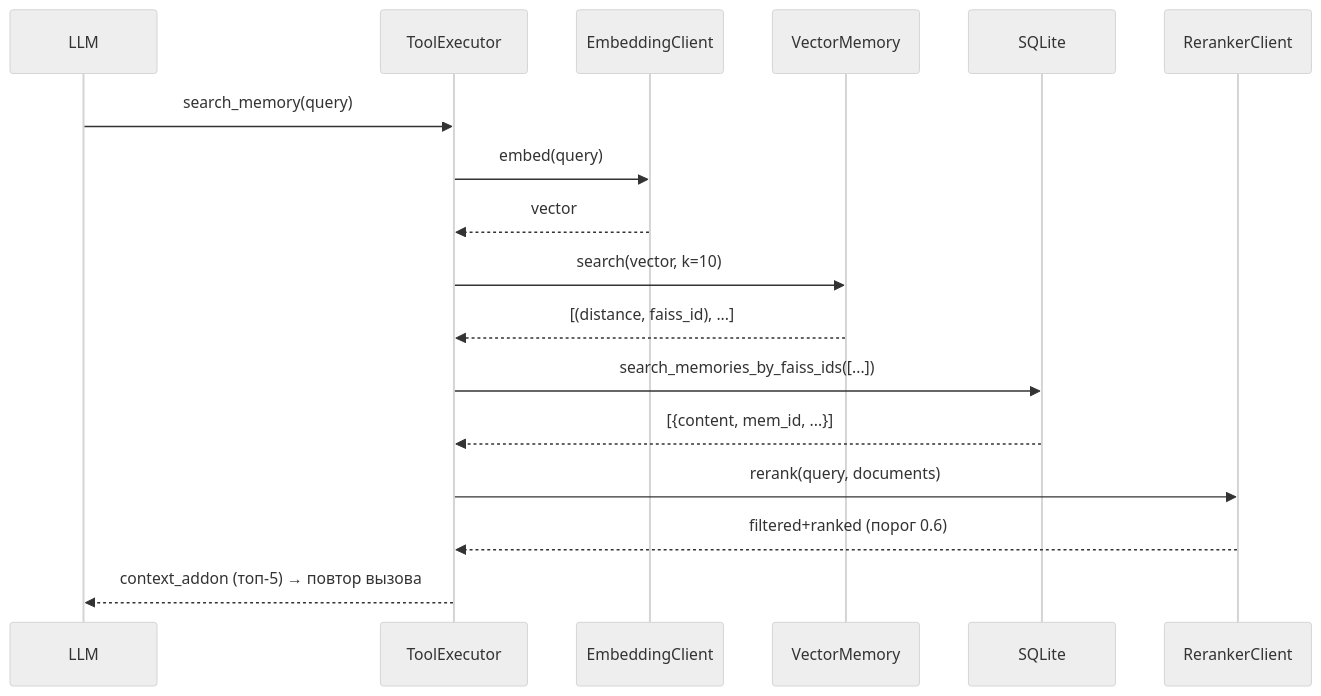
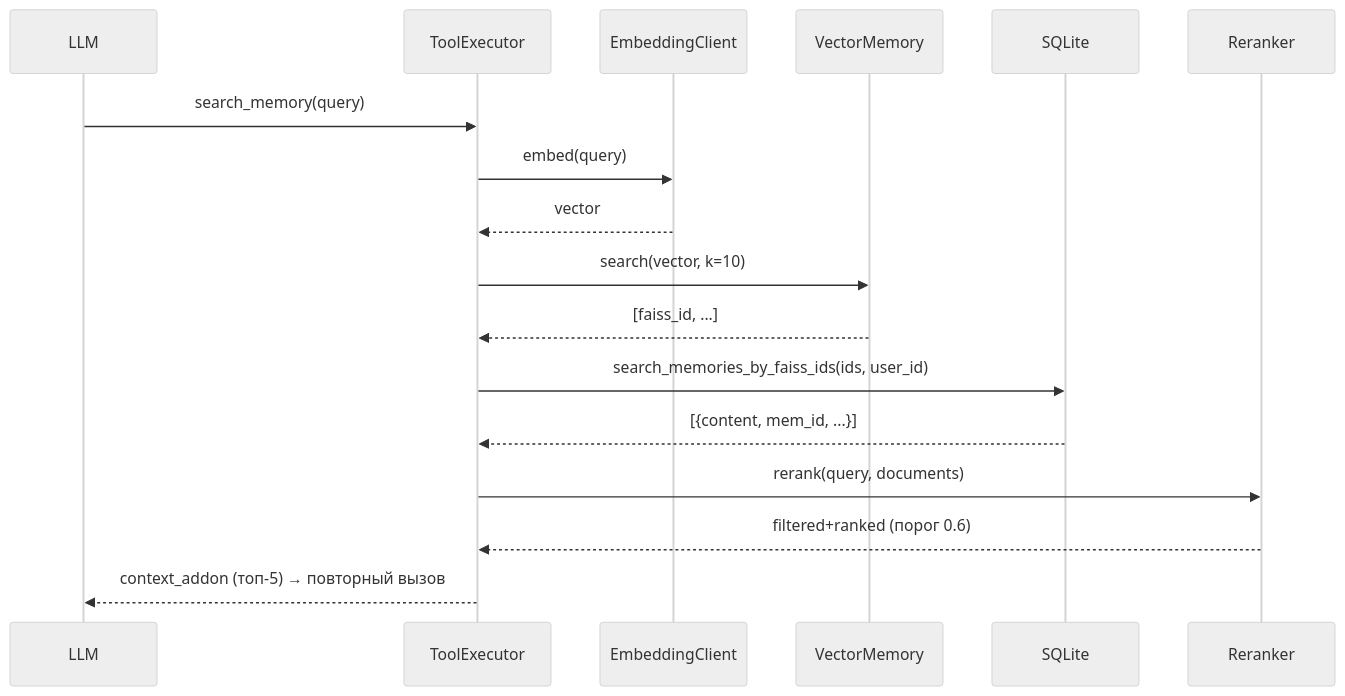
One commit to LexaVibeCoder/Mila changed the diagram in docs/memory.md. Above: the diagram before and after it, drawn with Mermaid (neutral theme). The commit also changed other lines of this file and 17 other files, not shown here.

````diff
--- a/docs/memory.md
+++ b/docs/memory.md
@@ -74,19 +86,20 @@
 ```mermaid
 sequenceDiagram
     participant LLM
     participant ToolExecutor
     participant EmbeddingClient
     participant VectorMemory
     participant SQLite
+    participant Reranker
 
     LLM->>ToolExecutor: search_memory(query)
     ToolExecutor->>EmbeddingClient: embed(query)
     EmbeddingClient-->>ToolExecutor: vector
     ToolExecutor->>VectorMemory: search(vector, k=10)
-    VectorMemory-->>ToolExecutor: [(distance, faiss_id), ...]
-    ToolExecutor->>SQLite: search_memories_by_faiss_ids([...])
+    VectorMemory-->>ToolExecutor: [faiss_id, ...]
+    ToolExecutor->>SQLite: search_memories_by_faiss_ids(ids, user_id)
     SQLite-->>ToolExecutor: [{content, mem_id, ...}]
-    ToolExecutor->>RerankerClient: rerank(query, documents)
-    RerankerClient-->>ToolExecutor: filtered+ranked (порог 0.6)
-    ToolExecutor-->>LLM: context_addon (топ-5) → повтор вызова
+    ToolExecutor->>Reranker: rerank(query, documents)
+    Reranker-->>ToolExecutor: filtered+ranked (порог 0.6)
+    ToolExecutor-->>LLM: context_addon (топ-5) → повторный вызов
 ```
````
